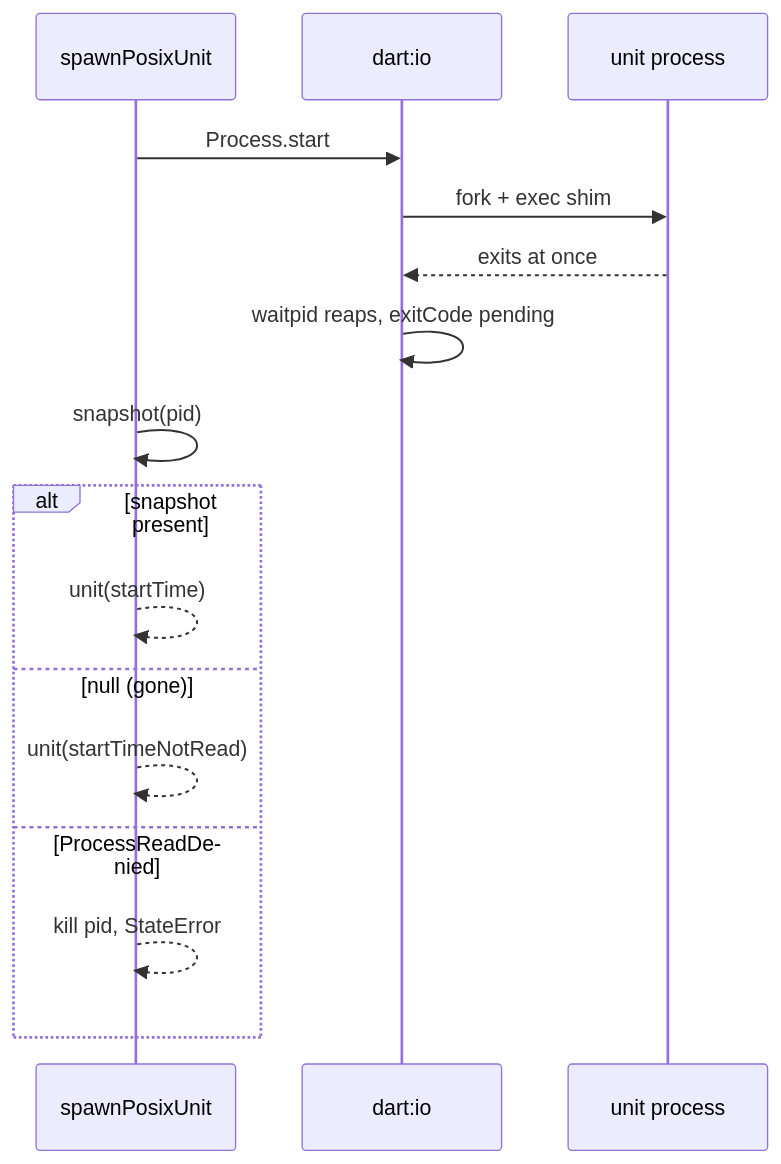
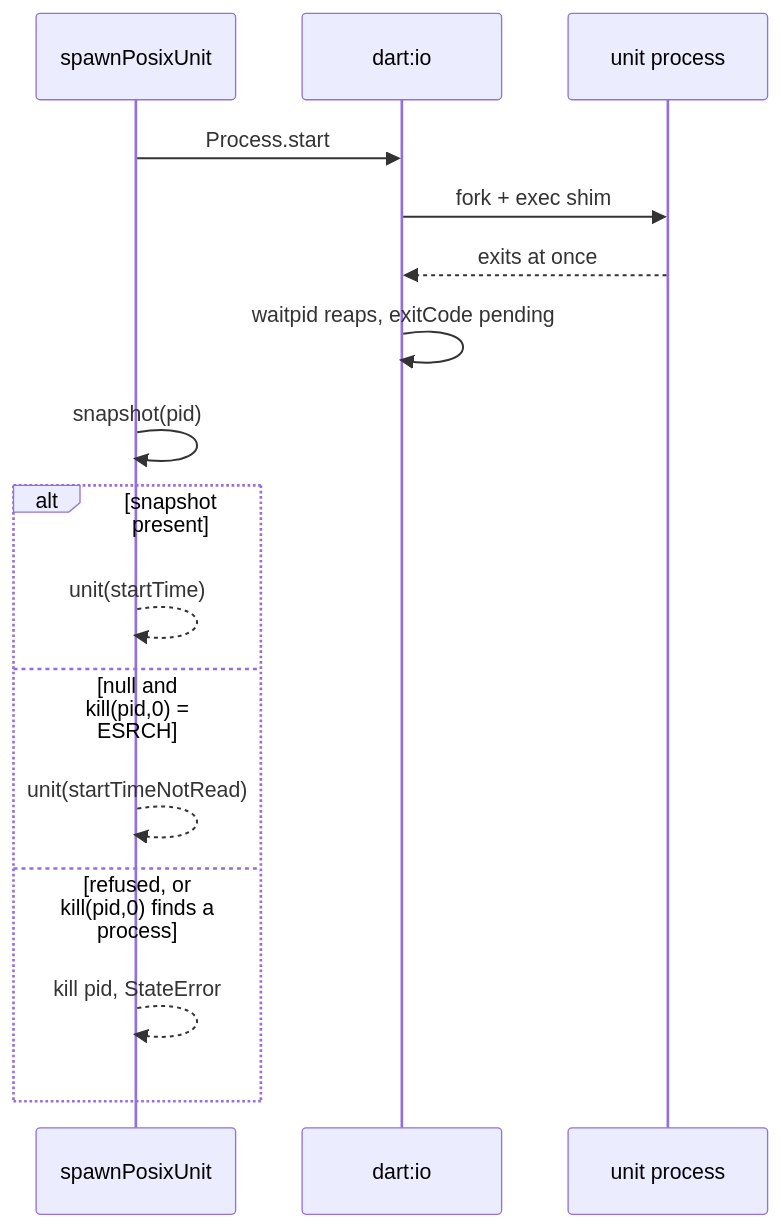
Before and after one commit to sh1ny/kumiko: the first of 2 diagrams in openspec/changes/fix-spawn-exit-race/design.md, drawn with Mermaid. The commit also changed other lines of this file and 3 other files, not shown here.

````diff
--- a/openspec/changes/fix-spawn-exit-race/design.md
+++ b/openspec/changes/fix-spawn-exit-race/design.md
@@ -97,18 +131,18 @@
 ```mermaid
 sequenceDiagram
     participant S as spawnPosixUnit
     participant IO as dart:io
     participant U as unit process
     S->>IO: Process.start
     IO->>U: fork + exec shim
     U-->>IO: exits at once
     IO->>IO: waitpid reaps, exitCode pending
     S->>S: snapshot(pid)
     alt snapshot present
         S-->>S: unit(startTime)
-    else null (gone)
+    else null and kill(pid,0) = ESRCH
         S-->>S: unit(startTimeNotRead)
-    else ProcessReadDenied
+    else refused, or kill(pid,0) finds a process
         S-->>S: kill pid, StateError
     end
 ```
````
